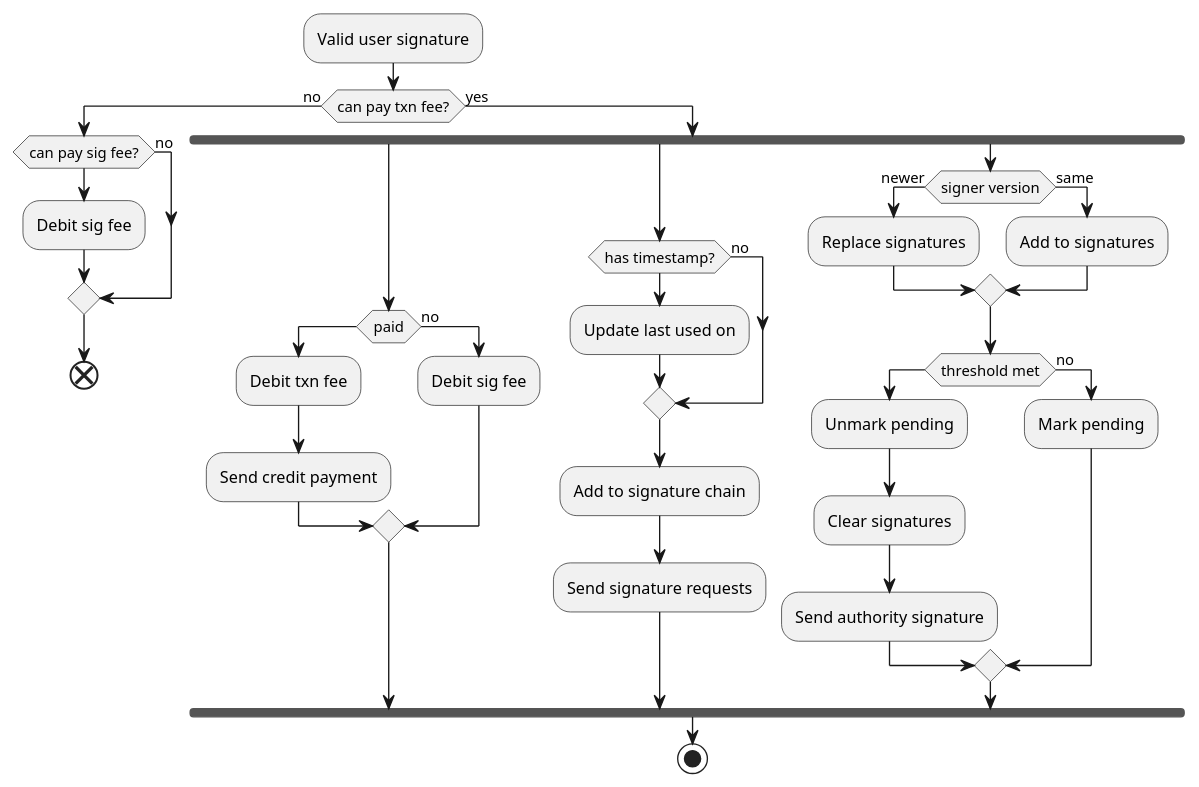
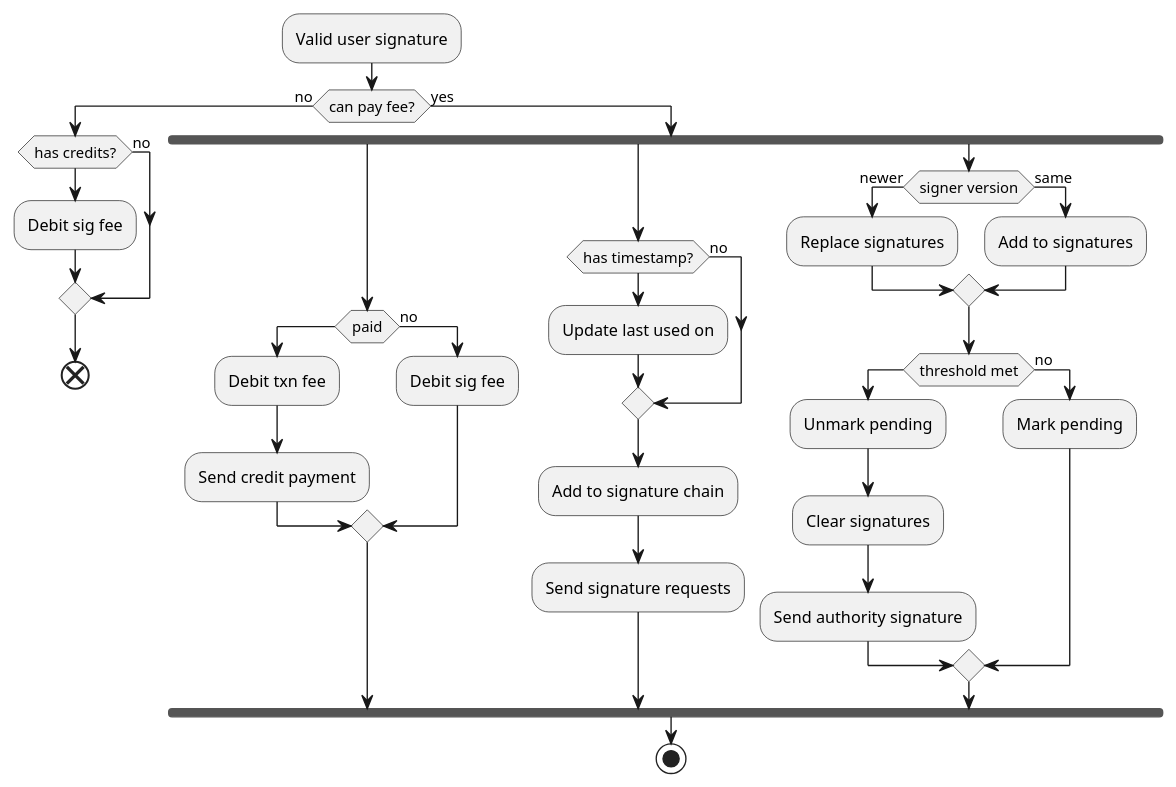
One commit to AccumulateNetwork/accumulate changed the first of 2 diagrams in docs/diagrams/signature.md. Above: the diagram before and after it, drawn with PlantUML.

````diff
--- a/docs/diagrams/signature.md
+++ b/docs/diagrams/signature.md
@@ -7,51 +7,51 @@
 ```plantuml
 @startuml
 :Valid user signature;
 
-if (can pay txn fee?) then (no)
-  if (can pay sig fee?) then
+if (can pay fee?) then (no)
+  if (has credits?) then
     :Debit sig fee;
   else (no)
   endif
   end
 
 else (yes)
   fork
     if (paid) then
       :Debit txn fee;
       :Send credit payment;
     else (no)
       :Debit sig fee;
     endif
 
   fork again
     if (has timestamp?) then
       :Update last used on;
     else (no)
     endif
 
     :Add to signature chain;
 
     :Send signature requests;
 
   fork again
     if (signer version) is (newer) then
       :Replace signatures;
     else (same)
       :Add to signatures;
     endif
 
     if (threshold met) then
       :Unmark pending;
       :Clear signatures;
       :Send authority signature;
     else (no)
       :Mark pending;
     endif
 
   end fork
 
   stop
 endif
 @enduml
 ```
````
